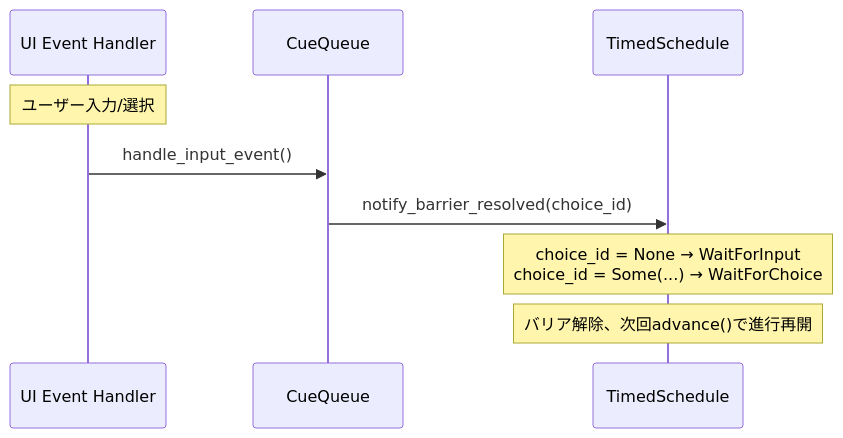
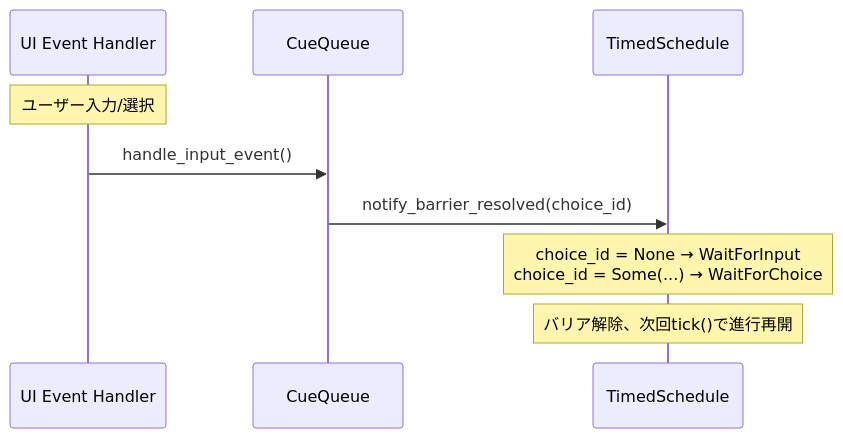
The fourth of 6 diagrams in .kiro/specs/wintf-P0-dola-boundary/design.md (ekicyou/areka), drawn with Mermaid before and after one commit. The commit also changed other lines of this file and 3 other files, not shown here.

````diff
--- a/.kiro/specs/wintf-P0-dola-boundary/design.md
+++ b/.kiro/specs/wintf-P0-dola-boundary/design.md
@@ -178,12 +178,12 @@
 ```mermaid
 sequenceDiagram
     participant UI as UI Event Handler
     participant CQ as CueQueue
     participant TS as TimedSchedule
 
     Note over UI: ユーザー入力/選択
     UI->>CQ: handle_input_event()
     CQ->>TS: notify_barrier_resolved(choice_id)
     Note over TS: choice_id = None → WaitForInput<br/>choice_id = Some(...) → WaitForChoice
-    Note over TS: バリア解除、次回advance()で進行再開
+    Note over TS: バリア解除、次回tick()で進行再開
 ```
````
